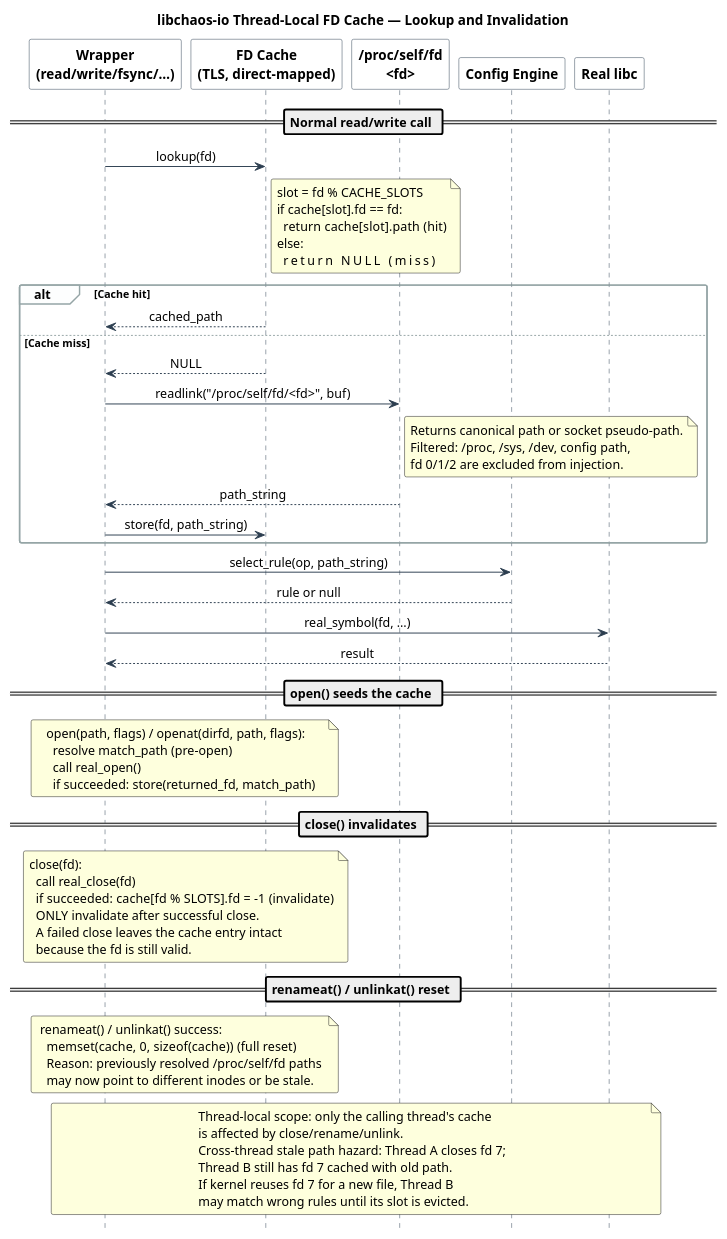
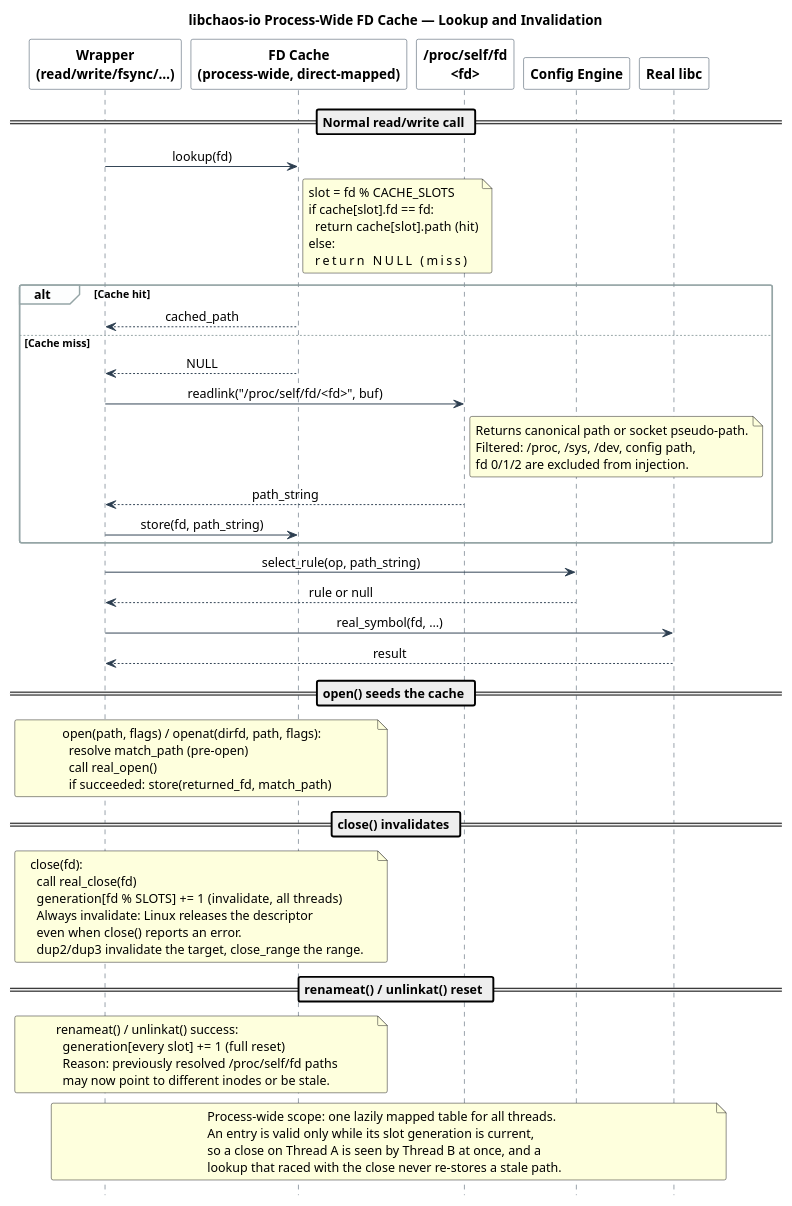
One commit to macstab/macstab-chaos-testing-libraries changed the diagram in docs/diagrams/fdcache.puml. Above: the diagram before and after it, drawn with PlantUML. The commit also changed 6 other files, not shown here.

Commit message:
docs: describe shared descriptor calls, socket close faults and the process-wide fd cache

```diff
--- a/docs/diagrams/fdcache.puml
+++ b/docs/diagrams/fdcache.puml
@@ -1,106 +1,104 @@
 @startuml fdcache
 '
 ' Engineered by  Christian Schnapka
 '                Embedded Principal+ Engineer
 '                Macstab GmbH · Hamburg, Germany
 '                https://macstab.com
 '
-' libchaos-io thread-local FD cache — direct-mapped lookup,
+' libchaos-io process-wide FD cache — direct-mapped lookup,
 ' /proc/self/fd miss resolution, and invalidation triggers.
 '
 ' Reference: docs/IO.md §6 (Component Breakdown → FD cache)
 '            docs/ARCHITECTURE.md §FD Path Resolution
 '            src/config/chaos_io_fdcache.c
 '
-title libchaos-io Thread-Local FD Cache — Lookup and Invalidation
+title libchaos-io Process-Wide FD Cache — Lookup and Invalidation
 
 skinparam sequenceMessageAlign center
 skinparam shadowing false
 skinparam roundCorner 4
 skinparam sequence {
   ArrowColor                 #2C3E50
   LifeLineBorderColor        #2C3E50
   LifeLineBackgroundColor    #ECF0F1
   ParticipantBorderColor     #2C3E50
   ParticipantBackgroundColor #FFFFFF
   ParticipantFontStyle       bold
   GroupBackgroundColor       #FDFEFE
   GroupBorderColor           #95A5A6
 }
 hide footbox
 
 participant "Wrapper\n(read/write/fsync/…)" as Wrap
-participant "FD Cache\n(TLS, direct-mapped)" as Cache
+participant "FD Cache\n(process-wide, direct-mapped)" as Cache
 participant "/proc/self/fd\n<fd>" as Proc
 participant "Config Engine" as Config
 participant "Real libc" as Real
 
 == Normal read/write call ==
 
 Wrap -> Cache : lookup(fd)
 note right of Cache
   slot = fd % CACHE_SLOTS
   if cache[slot].fd == fd:
     return cache[slot].path  (hit)
   else:
     return NULL              (miss)
 end note
 
 alt Cache hit
   Cache --> Wrap : cached_path
 else Cache miss
   Cache --> Wrap : NULL
   Wrap -> Proc : readlink("/proc/self/fd/<fd>", buf)
   note right of Proc
     Returns canonical path or socket pseudo-path.
     Filtered: /proc, /sys, /dev, config path,
     fd 0/1/2 are excluded from injection.
   end note
   Proc --> Wrap : path_string
   Wrap -> Cache : store(fd, path_string)
 end
 
 Wrap -> Config : select_rule(op, path_string)
 Config --> Wrap : rule or null
 Wrap -> Real : real_symbol(fd, …)
 Real --> Wrap : result
 
 == open() seeds the cache ==
 
 note over Wrap, Cache
   open(path, flags) / openat(dirfd, path, flags):
     resolve match_path (pre-open)
     call real_open()
     if succeeded: store(returned_fd, match_path)
 end note
 
 == close() invalidates ==
 
 note over Wrap, Cache
   close(fd):
     call real_close(fd)
-    if succeeded: cache[fd % SLOTS].fd = -1  (invalidate)
-    ONLY invalidate after successful close.
-    A failed close leaves the cache entry intact
-    because the fd is still valid.
+    generation[fd % SLOTS] += 1  (invalidate, all threads)
+    Always invalidate: Linux releases the descriptor
+    even when close() reports an error.
+    dup2/dup3 invalidate the target, close_range the range.
 end note
 
 == renameat() / unlinkat() reset ==
 
 note over Wrap, Cache
   renameat() / unlinkat() success:
-    memset(cache, 0, sizeof(cache))  (full reset)
+    generation[every slot] += 1  (full reset)
     Reason: previously resolved /proc/self/fd paths
     may now point to different inodes or be stale.
 end note
 
 note across
-  Thread-local scope: only the calling thread's cache
-  is affected by close/rename/unlink.
-  Cross-thread stale path hazard: Thread A closes fd 7;
-  Thread B still has fd 7 cached with old path.
-  If kernel reuses fd 7 for a new file, Thread B
-  may match wrong rules until its slot is evicted.
+  Process-wide scope: one lazily mapped table for all threads.
+  An entry is valid only while its slot generation is current,
+  so a close on Thread A is seen by Thread B at once, and a
+  lookup that raced with the close never re-stores a stale path.
 end note
 
 @enduml
```
